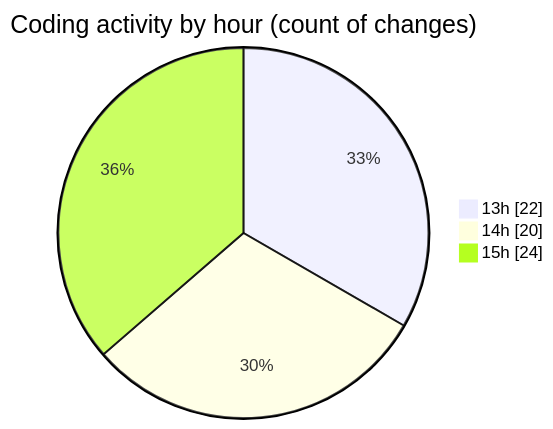
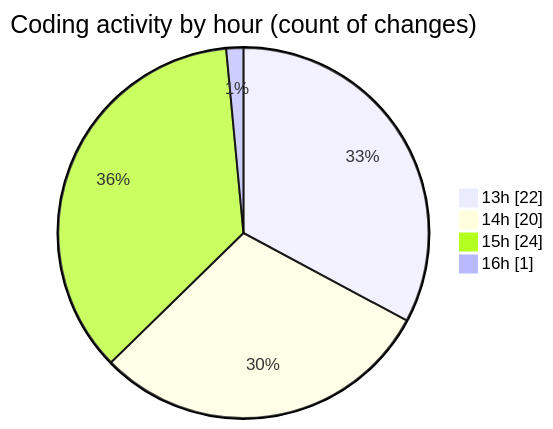
The second of 2 diagrams in 2025-02-24/drivers_app/README.md (donsfak/code-tracking), drawn with Mermaid before and after one commit. The commit also changed other lines of this file and 1 other file, not shown here.

````diff
--- a/2025-02-24/drivers_app/README.md
+++ b/2025-02-24/drivers_app/README.md
@@ -39,7 +41,8 @@
 ```mermaid
 pie showData
 title Coding activity by hour (count of changes)
 "13h" : 22
 "14h" : 20
 "15h" : 24
+"16h" : 1
 ```
````
